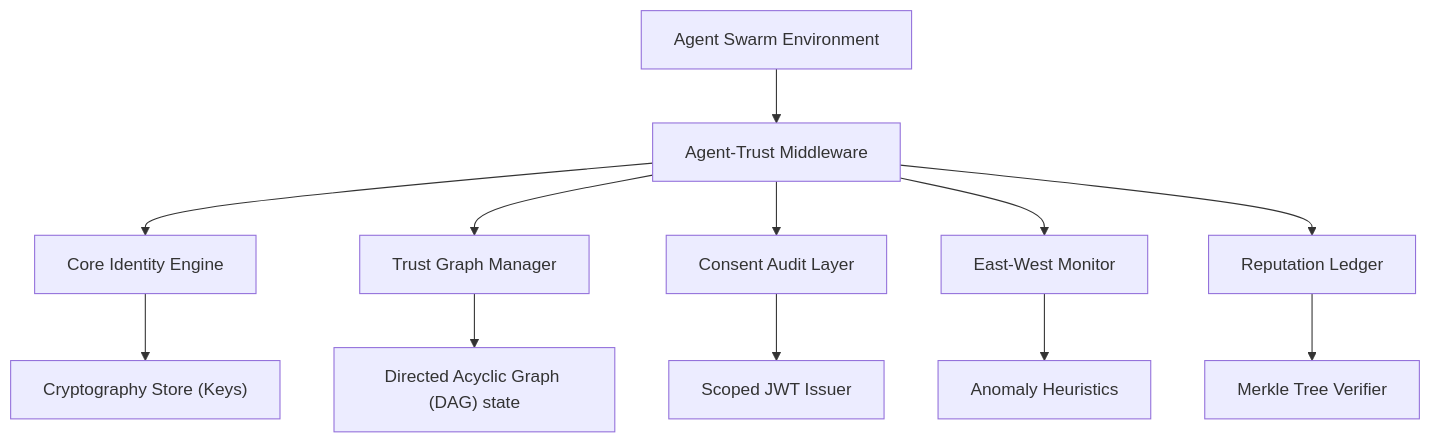
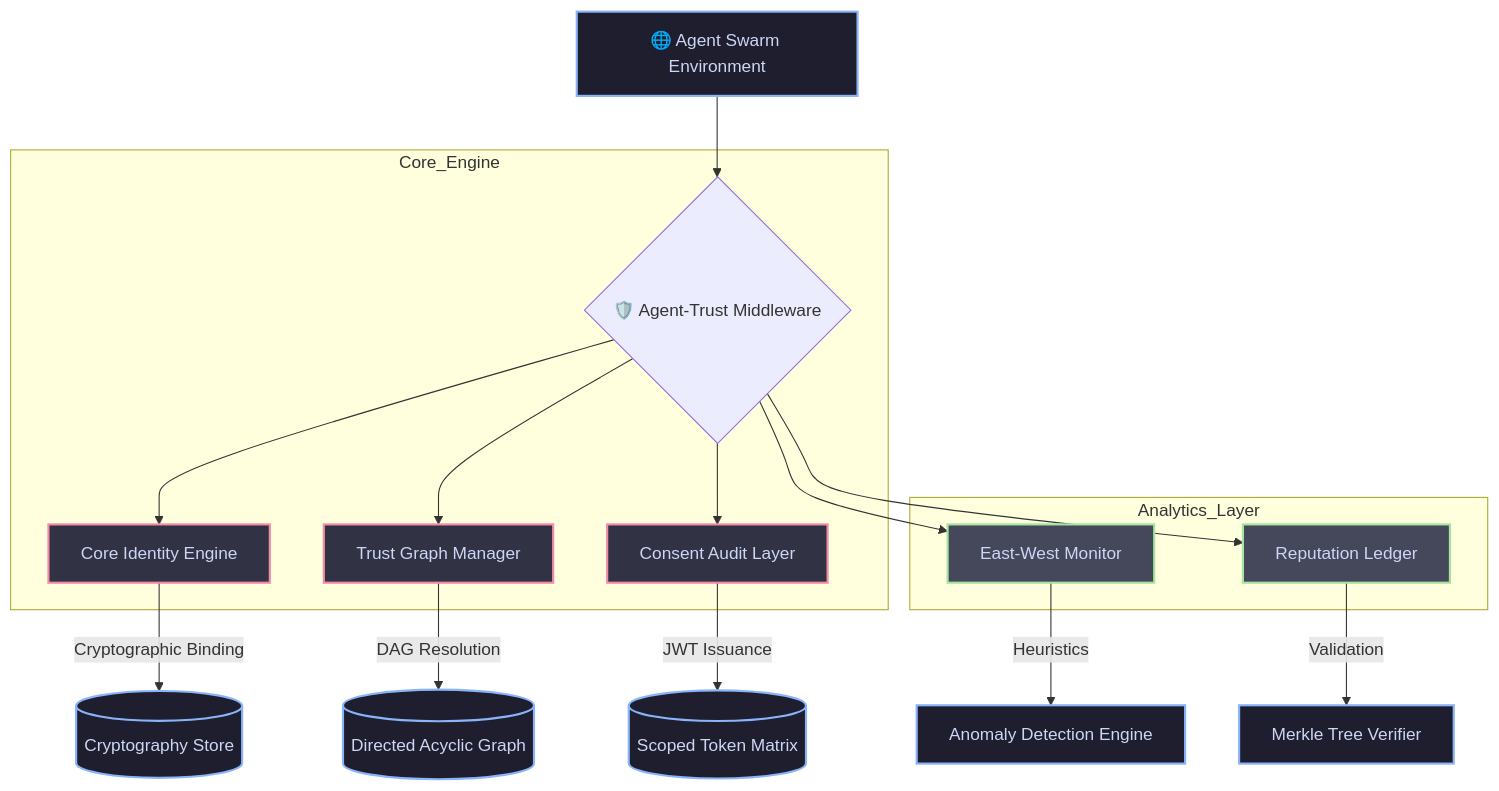
The first of 30 diagrams in README.md (MrDecryptDecipher/Agent-Trust), drawn with Mermaid before and after one commit. The commit also changed other lines of this file, not shown here.

Commit message:
Fix rendering format for 30 Mermaid diagrams to strictly use basic edge and block formatting for complete compatiblity

````diff
--- a/README.md
+++ b/README.md
@@ -22,14 +22,25 @@
 ```mermaid
 graph TD
-    A["Agent Swarm Environment"] --> B["Agent-Trust Middleware"]
-    B --> C["Core Identity Engine"]
-    B --> D["Trust Graph Manager"]
-    B --> E["Consent Audit Layer"]
-    B --> F["East-West Monitor"]
-    B --> G["Reputation Ledger"]
-    C --> H["Cryptography Store (Keys)"]
-    D --> I["Directed Acyclic Graph (DAG) state"]
-    E --> J["Scoped JWT Issuer"]
-    F --> K["Anomaly Heuristics"]
-    G --> L["Merkle Tree Verifier"]
+    classDef sys fill:#1e1e2e,stroke:#89b4fa,stroke-width:2px,color:#cdd6f4;
+    classDef core fill:#313244,stroke:#f38ba8,stroke-width:2px,color:#cdd6f4;
+    classDef mod fill:#45475a,stroke:#a6e3a1,stroke-width:2px,color:#cdd6f4;
+    
+    A["🌐 Agent Swarm Environment"]:::sys --> B{"🛡️ Agent-Trust Middleware"}
+    
+    subgraph Core_Engine
+        B --> C["Core Identity Engine"]:::core
+        B --> D["Trust Graph Manager"]:::core
+        B --> E["Consent Audit Layer"]:::core
+    end
+    
+    subgraph Analytics_Layer
+        B --> F["East-West Monitor"]:::mod
+        B --> G["Reputation Ledger"]:::mod
+    end
+    
+    C -- "Cryptographic Binding" --> H[("Cryptography Store")]:::sys
+    D -- "DAG Resolution" --> I[("Directed Acyclic Graph")]:::sys
+    E -- "JWT Issuance" --> J[("Scoped Token Matrix")]:::sys
+    F -- "Heuristics" --> K["Anomaly Detection Engine"]:::sys
+    G -- "Validation" --> L["Merkle Tree Verifier"]:::sys
 ```
````
